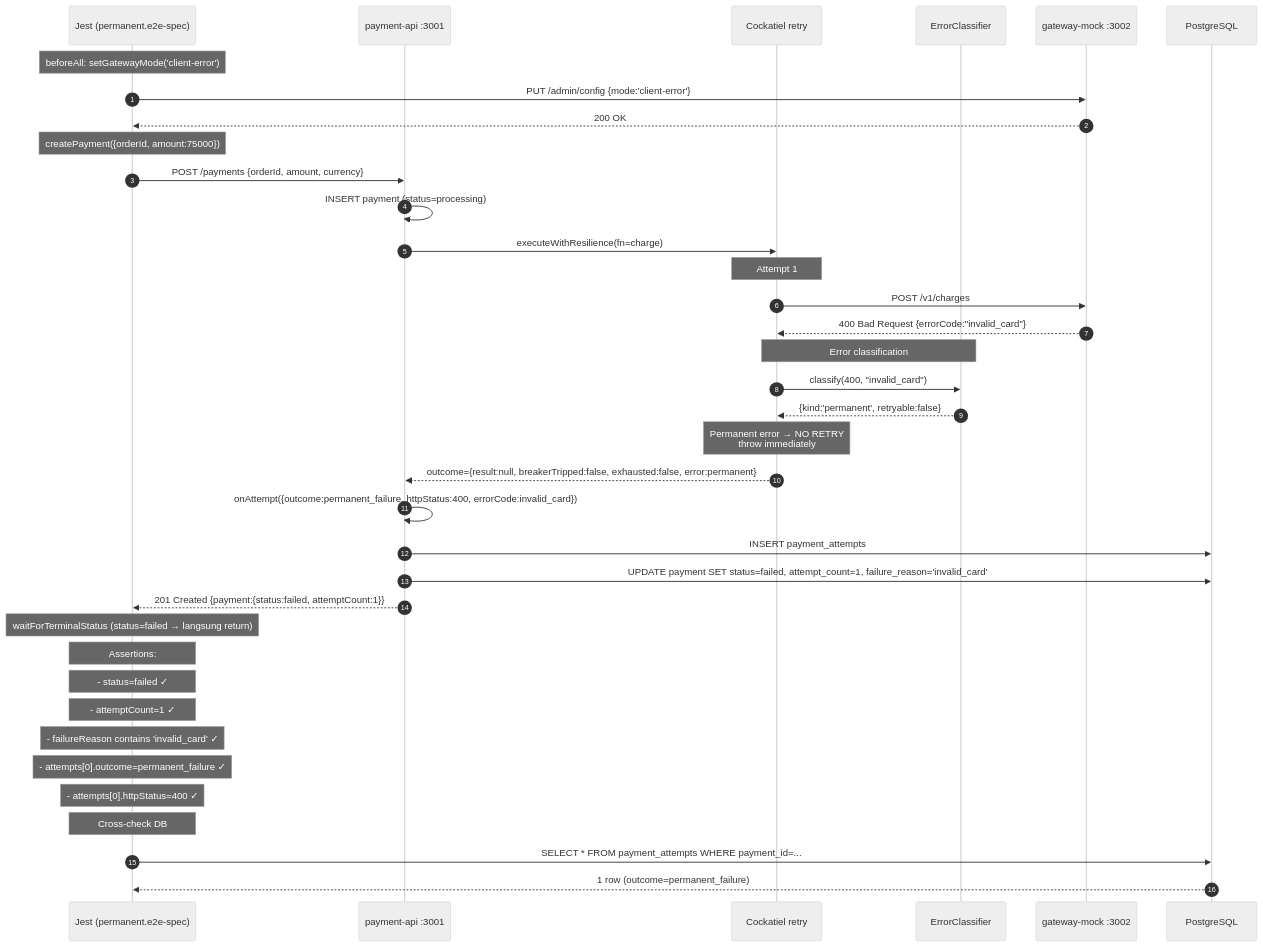
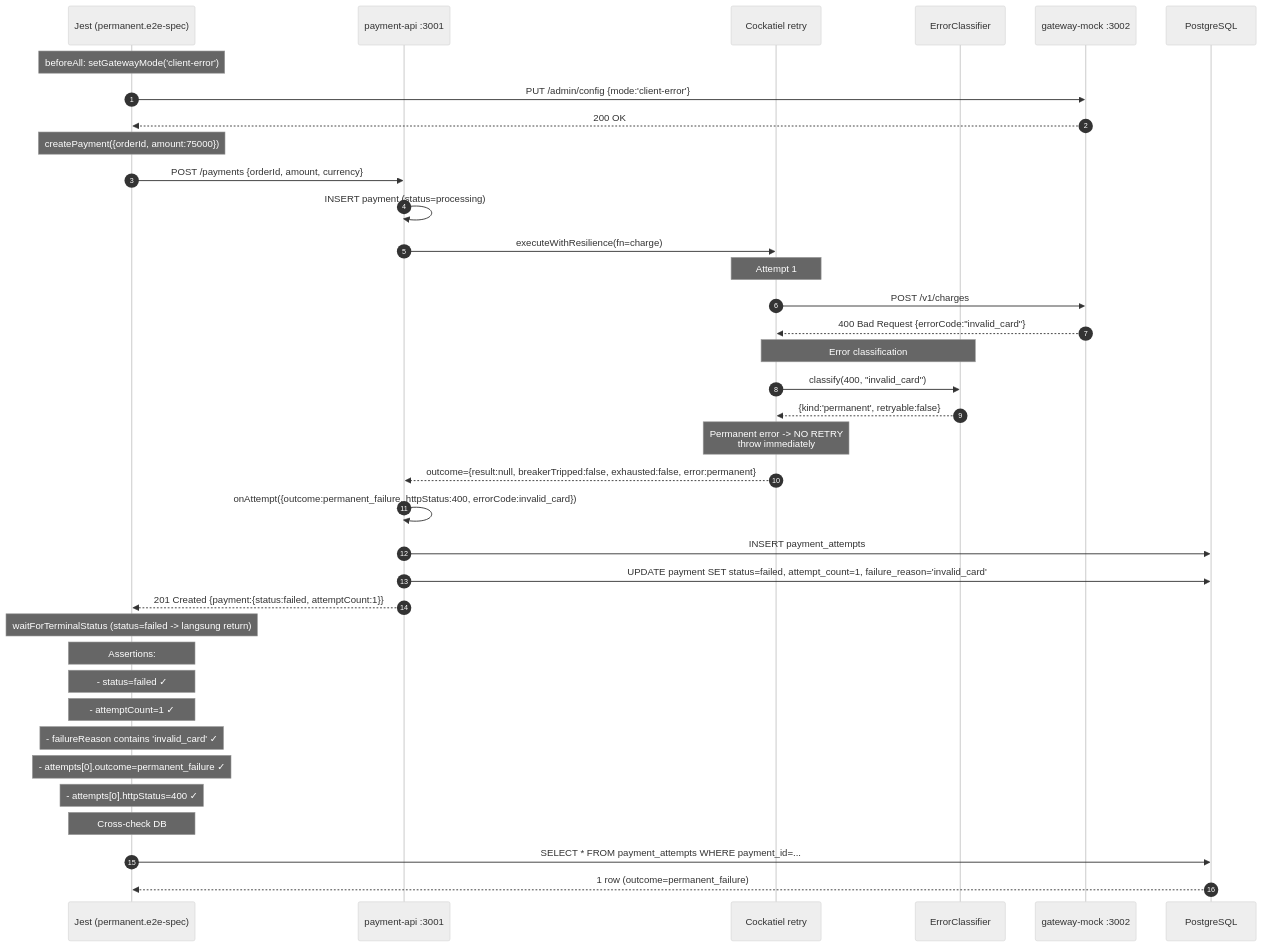
The diagram in docs/tasks/TASK-14a-permanent.md (niagagondola-hash/retry-failure), drawn with Mermaid (neutral theme) before and after one commit. The commit also changed other lines of this file and 62 other files, not shown here.

````diff
--- a/docs/tasks/TASK-14a-permanent.md
+++ b/docs/tasks/TASK-14a-permanent.md
@@ -40,47 +40,47 @@
 ```mermaid
 sequenceDiagram
     autonumber
     participant T as Jest (permanent.e2e-spec)
     participant API as payment-api :3001
     participant RB as Cockatiel retry
     participant CLS as ErrorClassifier
     participant GW as gateway-mock :3002
     participant DB as PostgreSQL
 
     Note over T: beforeAll: setGatewayMode('client-error')
     T->>GW: PUT /admin/config {mode:'client-error'}
     GW-->>T: 200 OK
 
     Note over T: createPayment({orderId, amount:75000})
     T->>API: POST /payments {orderId, amount, currency}
     API->>API: INSERT payment (status=processing)
     API->>RB: executeWithResilience(fn=charge)
 
     Note over RB: Attempt 1
     RB->>GW: POST /v1/charges
     GW-->>RB: 400 Bad Request {errorCode:"invalid_card"}
 
     Note over RB,CLS: Error classification
     RB->>CLS: classify(400, "invalid_card")
     CLS-->>RB: {kind:'permanent', retryable:false}
 
-    Note over RB: Permanent error → NO RETRY<br/>throw immediately
+    Note over RB: Permanent error -> NO RETRY<br/>throw immediately
     RB-->>API: outcome={result:null, breakerTripped:false, exhausted:false, error:permanent}
 
     API->>API: onAttempt({outcome:permanent_failure, httpStatus:400, errorCode:invalid_card})
     API->>DB: INSERT payment_attempts #1 (outcome=permanent_failure)
     API->>DB: UPDATE payment SET status=failed, attempt_count=1, failure_reason='invalid_card'
     API-->>T: 201 Created {payment:{status:failed, attemptCount:1}}
 
-    Note over T: waitForTerminalStatus (status=failed → langsung return)
+    Note over T: waitForTerminalStatus (status=failed -> langsung return)
     Note over T: Assertions:
     Note over T: - status=failed ✓
     Note over T: - attemptCount=1 ✓
     Note over T: - failureReason contains 'invalid_card' ✓
     Note over T: - attempts[0].outcome=permanent_failure ✓
     Note over T: - attempts[0].httpStatus=400 ✓
 
     Note over T: Cross-check DB
     T->>DB: SELECT * FROM payment_attempts WHERE payment_id=...
     DB-->>T: 1 row (outcome=permanent_failure)
 ```
````
